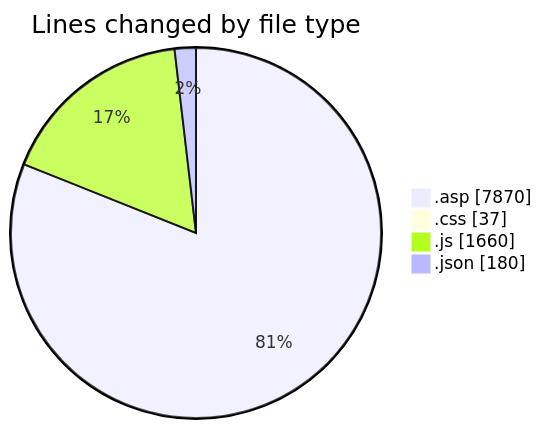
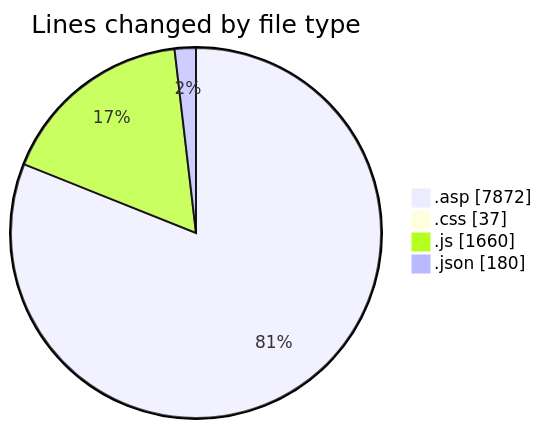
Before and after one commit to julien-gomy/code-tracking: the first of 2 diagrams in 2025-11-02/cdp_aleoudev_fr__workspace_/README.md, drawn with Mermaid. The commit also changed other lines of this file and 1 other file, not shown here.

````diff
--- a/2025-11-02/cdp_aleoudev_fr__workspace_/README.md
+++ b/2025-11-02/cdp_aleoudev_fr__workspace_/README.md
@@ -28,8 +28,8 @@
 ```mermaid
 pie showData
 title Lines changed by file type
-".asp" : 7870
+".asp" : 7872
 ".css" : 37
 ".js" : 1660
 ".json" : 180
 ```
````
